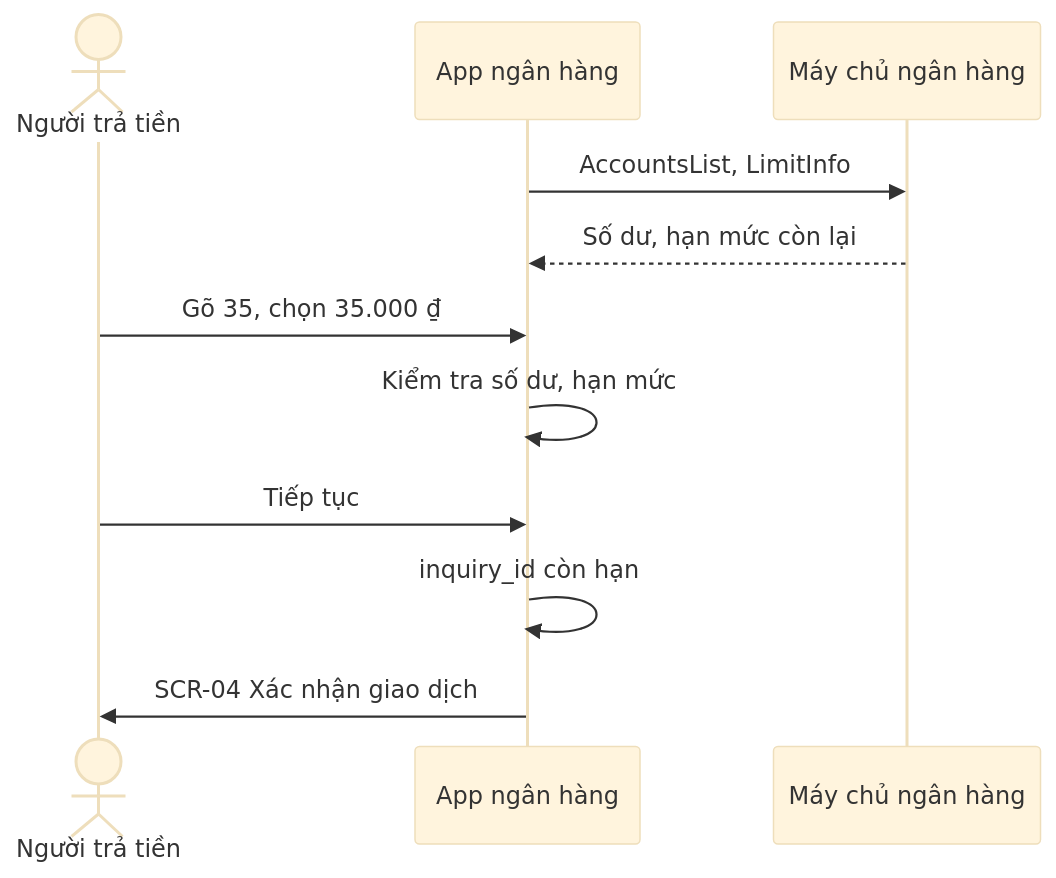
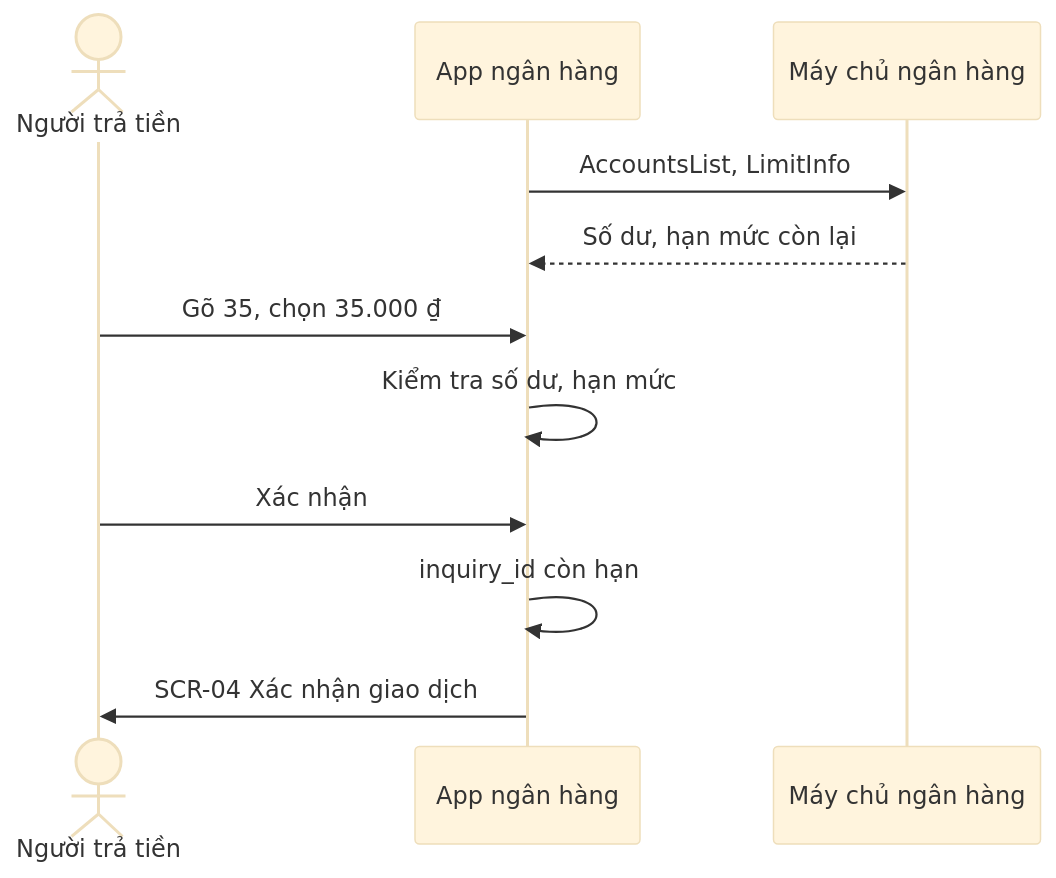
Diagram 11 of 13 in docs/SRS.md (uxfoundation-vn/de04-chuyen-khoan-qr), drawn with Mermaid (base theme) before and after one commit. The commit also changed other lines of this file and 2 other files, not shown here.

First line of the commit message:
Đề 4: bấm Xác nhận ở màn chọn số tiền rồi mới xem lại giao dịch

````diff
--- a/docs/SRS.md
+++ b/docs/SRS.md
@@ -710,13 +710,13 @@
 ```mermaid
 sequenceDiagram
   actor N as Người trả tiền
   participant App as App ngân hàng
   participant API as Máy chủ ngân hàng
   App->>API: AccountsList, LimitInfo
   API-->>App: Số dư, hạn mức còn lại
   N->>App: Gõ 35, chọn 35.000 ₫
   App->>App: Kiểm tra số dư, hạn mức
-  N->>App: Tiếp tục
+  N->>App: Xác nhận
   App->>App: inquiry_id còn hạn
   App->>N: SCR-04 Xác nhận giao dịch
 ```
````
